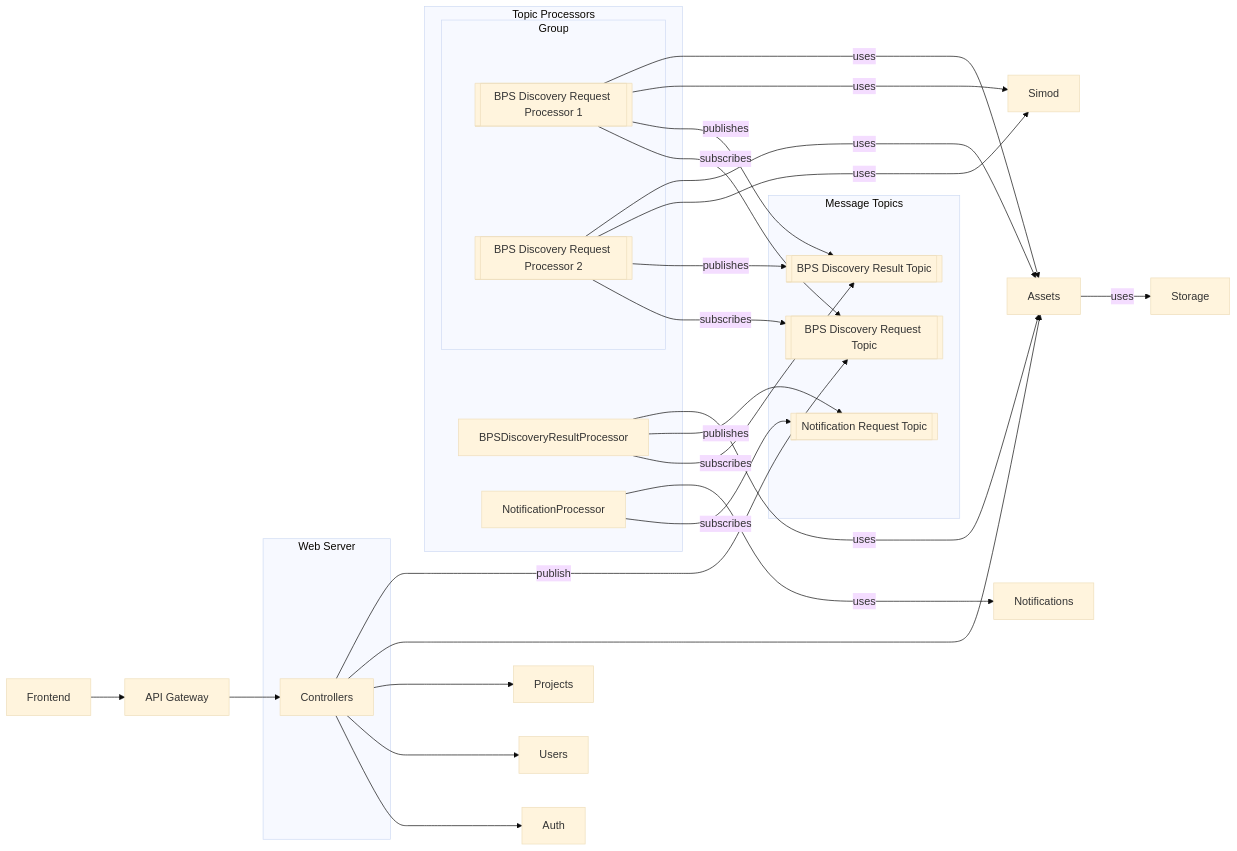
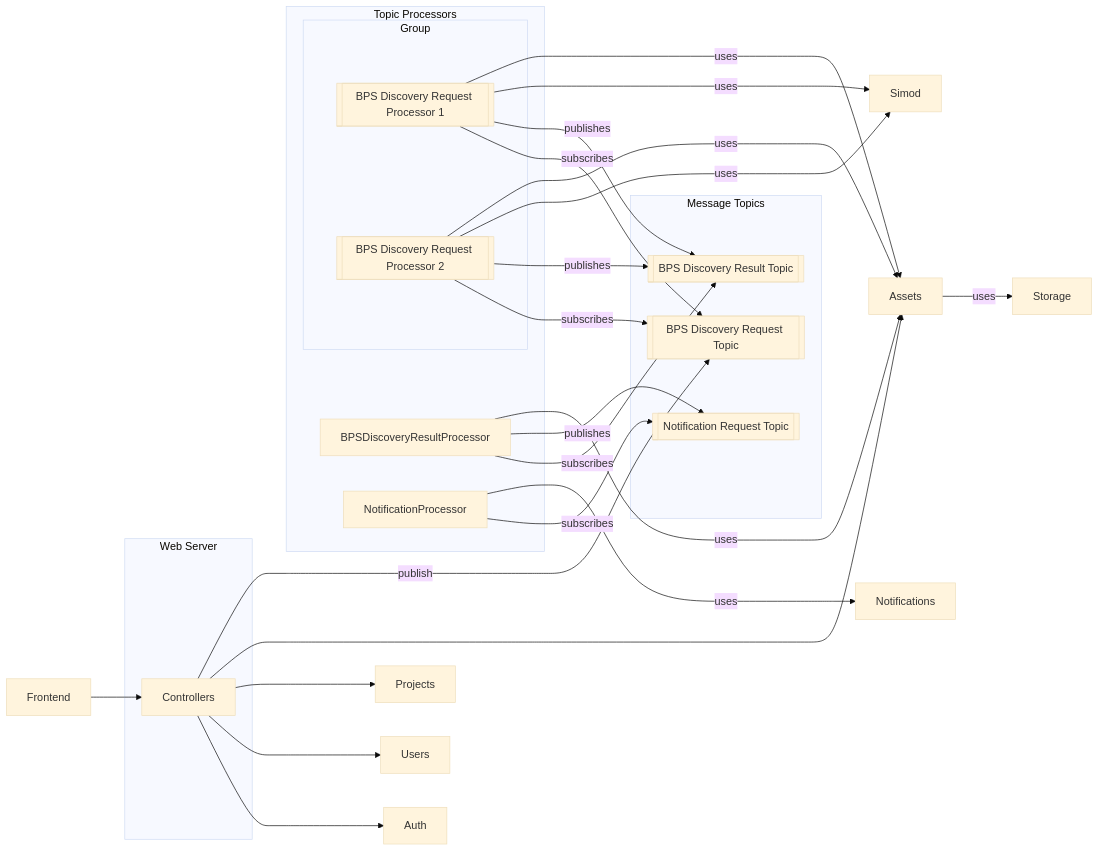
The second of 5 diagrams in backend.md (AutomatedProcessImprovement/pix-portal), drawn with Mermaid (base theme) before and after one commit. The commit also changed other lines of this file, not shown here.

````diff
--- a/backend.md
+++ b/backend.md
@@ -80,47 +79,46 @@
 ```mermaid
 flowchart LR
-    Frontend --> Gateway[API Gateway]
-    Gateway --> Controllers
+    Frontend --> Controllers
 
     subgraph Web[Web Server]
         Controllers
     end
 
     Controllers --> Auth
     Controllers --> Users
     Controllers --> Projects
     Controllers --> Assets
 
     subgraph Broker[Message Topics]
         BPSDiscoveryRequestTopic[[BPS Discovery Request Topic]]
         BPSDiscoveryResultTopic[[BPS Discovery Result Topic]]
         NotificationRequestTopic[[Notification Request Topic]]
 
         Controllers -- publish ---> BPSDiscoveryRequestTopic
     end
 
     subgraph Processors[Topic Processors]
         subgraph Group
             BPSDiscoveryRequestProcessor1[[BPS Discovery Request Processor 1]]
             BPSDiscoveryRequestProcessor2[[BPS Discovery Request Processor 2]]
         end
         BPSDiscoveryRequestProcessor1 -- subscribes --> BPSDiscoveryRequestTopic
         BPSDiscoveryRequestProcessor1 -- publishes --> BPSDiscoveryResultTopic
         BPSDiscoveryRequestProcessor2 -- subscribes --> BPSDiscoveryRequestTopic
         BPSDiscoveryRequestProcessor2 -- publishes --> BPSDiscoveryResultTopic
         
         BPSDiscoveryResultProcessor -- subscribes --> BPSDiscoveryResultTopic
         BPSDiscoveryResultProcessor -- publishes --> NotificationRequestTopic
 
         NotificationProcessor -- subscribes --> NotificationRequestTopic
     end
 
     BPSDiscoveryRequestProcessor1 -- uses ---> Simod
     BPSDiscoveryRequestProcessor1 -- uses ---> Assets
     BPSDiscoveryRequestProcessor2 -- uses ---> Simod
     BPSDiscoveryRequestProcessor2 -- uses ---> Assets
     BPSDiscoveryResultProcessor -- uses ---> Assets
     NotificationProcessor -- uses ---> Notifications
 
     Assets -- uses --> Storage
 ```
````
